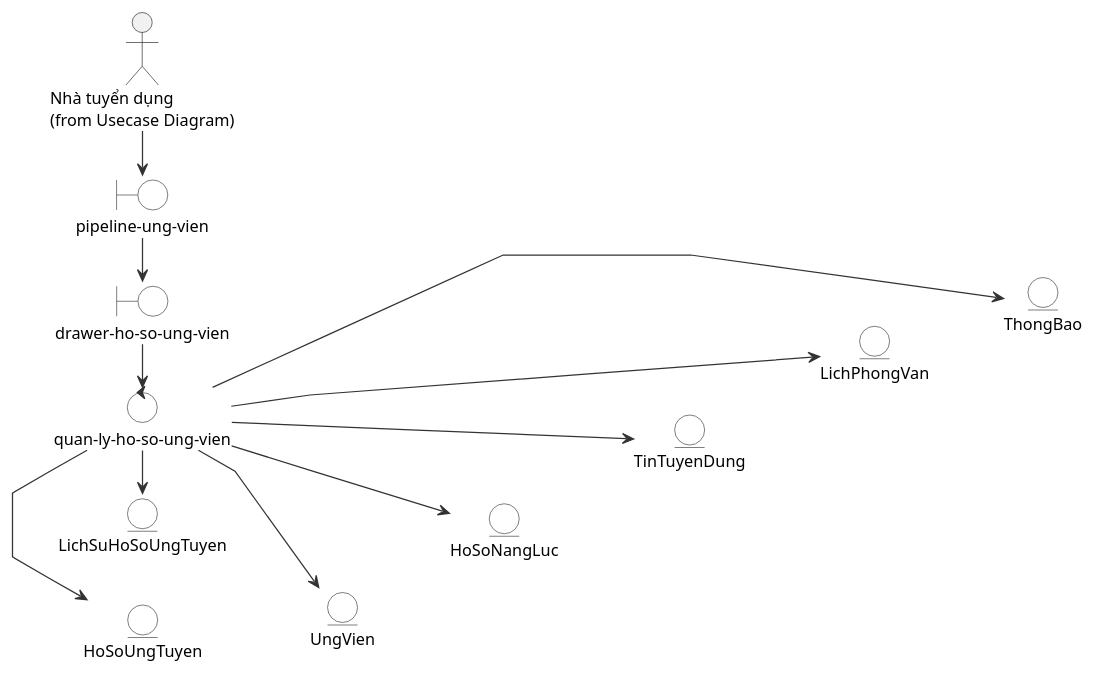
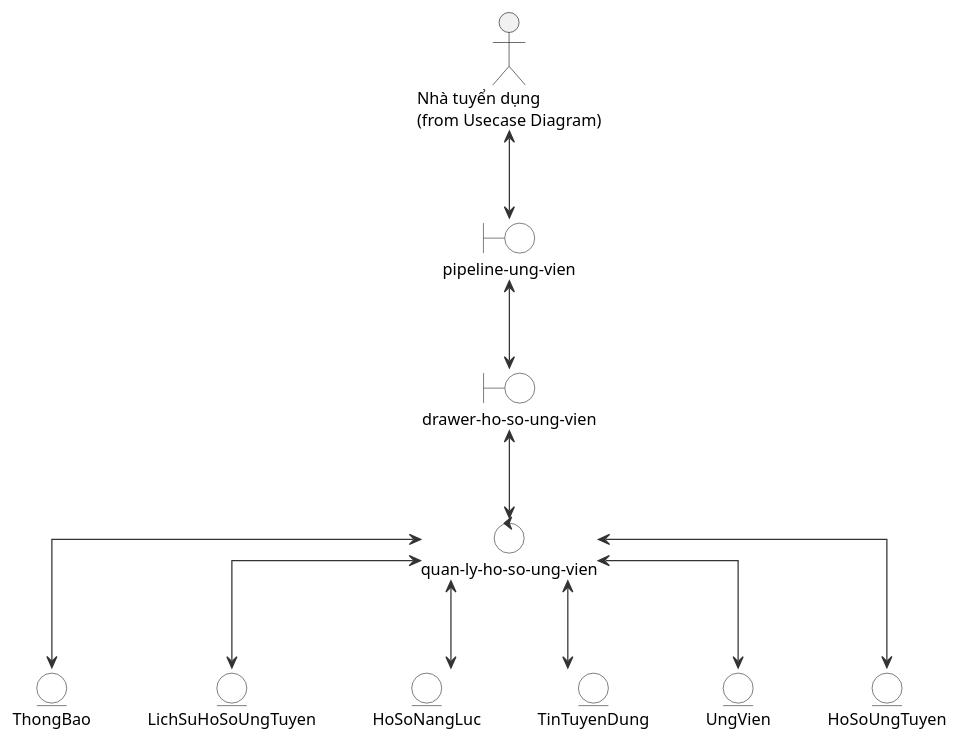
One commit to hole-six/DoAn changed the diagram in docs/so-do/04-robustness/17-robustness-quan-ly-ho-so-ung-vien.puml. Above: the diagram before and after it, drawn with PlantUML. The commit also changed 86 other files, not shown here.

```diff
--- a/docs/so-do/04-robustness/17-robustness-quan-ly-ho-so-ung-vien.puml
+++ b/docs/so-do/04-robustness/17-robustness-quan-ly-ho-so-ung-vien.puml
@@ -1,54 +1,63 @@
 @startuml
 skinparam defaultFontName "Segoe UI"
 skinparam defaultFontSize 13
 skinparam shadowing false
-skinparam linetype polyline
-left to right direction
+skinparam linetype ortho
+skinparam nodesep 45
+skinparam ranksep 70
+top to bottom direction
 skinparam actorStyle stick
 skinparam roundcorner 8
 skinparam ArrowColor #333333
 skinparam rectangleBorderColor #333333
 skinparam boundary {
   BackgroundColor White
   BorderColor #333333
 }
 skinparam control {
   BackgroundColor White
   BorderColor #333333
 }
 skinparam entity {
   BackgroundColor White
   BorderColor #333333
 }
 
 actor "Nhà tuyển dụng\n(from Usecase Diagram)" as Actor
-boundary "pipeline-ung-vien" as UI
-boundary "drawer-ho-so-ung-vien" as Form
-control "quan-ly-ho-so-ung-vien" as Controller
 
-entity "HoSoUngTuyen" as MainEntity
-entity "UngVien" as E1
-entity "HoSoNangLuc" as E2
-entity "TinTuyenDung" as E3
-entity "LichPhongVan" as E4
-entity "ThongBao" as E5
+' ── Lớp boundary (màn hình) ──
+together {
+  boundary "pipeline-ung-vien" as UI
+  boundary "drawer-ho-so-ung-vien" as Form
+}
 
-Actor -right-> UI
-UI -right-> Form
-Form -right-> Controller
+' ── Lớp control (xử lý) ──
+together {
+  control "quan-ly-ho-so-ung-vien" as Controller
+}
 
-Controller -right-> MainEntity
-Controller -right-> E1
-Controller -right-> E2
-Controller -right-> E3
-Controller -right-> E4
-Controller -right-> E5
+' ── Lớp entity (dữ liệu) ──
+together {
+  entity "HoSoUngTuyen" as HoSoUngTuyen
+  entity "UngVien" as UngVien
+  entity "TinTuyenDung" as TinTuyenDung
+  entity "HoSoNangLuc" as HoSoNangLuc
+  entity "LichSuHoSoUngTuyen" as LichSuHoSoUngTuyen
+  entity "ThongBao" as ThongBao
+}
 
-MainEntity -down[hidden]-> E1
-E1 -down[hidden]-> E2
-E2 -down[hidden]-> E3
-E3 -down[hidden]-> E4
-E4 -down[hidden]-> E5
-entity "LichSuHoSoUngTuyen" as LichSuHoSoUngTuyen
-Controller -right-> LichSuHoSoUngTuyen
+' ── Quan hệ actor ↔ boundary ──
+Actor <--> UI
+
+' ── boundary ↔ boundary / control ──
+UI <--> Form
+Form <--> Controller
+
+' ── control ↔ entity ──
+Controller <--> HoSoUngTuyen
+Controller <--> UngVien
+Controller <--> TinTuyenDung
+Controller <--> HoSoNangLuc
+Controller <--> LichSuHoSoUngTuyen
+Controller <--> ThongBao
 @enduml
```
